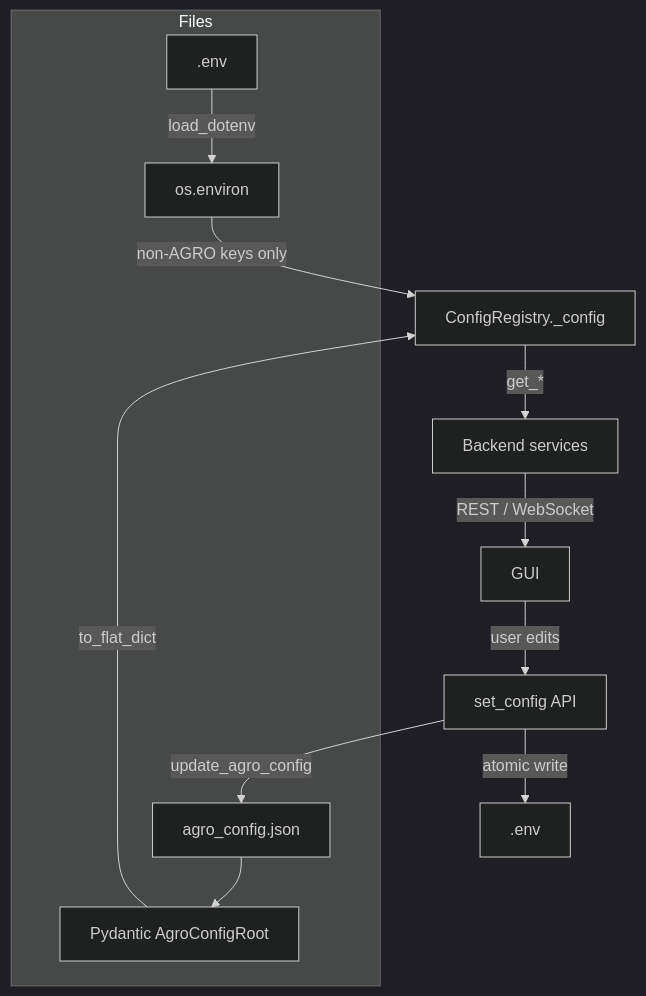
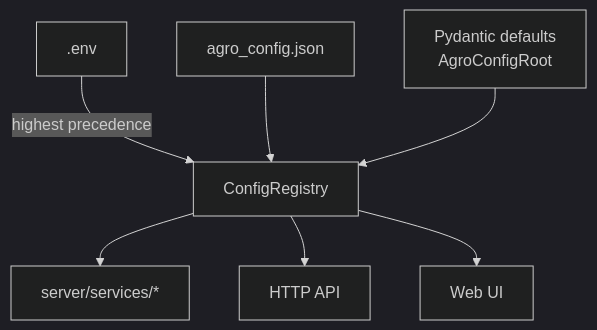
One commit to DMontgomery40/agro-rag-engine changed the diagram in mkdocs/docs/configuration/settings.md. Above: the diagram before and after it, drawn with Mermaid (dark theme). The commit also changed other lines of this file and 117 other files, not shown here.

````diff
--- a/mkdocs/docs/configuration/settings.md
+++ b/mkdocs/docs/configuration/settings.md
@@ -28,16 +33,10 @@
 ```mermaid
 flowchart TD
-    subgraph Files
-      A[.env] -->|load_dotenv| B[os.environ]
-      C[agro_config.json] --> D[Pydantic AgroConfigRoot]
-    end
+  A[.env] -->|highest precedence| D[ConfigRegistry]
+  B[agro_config.json] --> D
+  C[Pydantic defaults<br/>AgroConfigRoot] --> D
 
-    D -->|to_flat_dict| E[ConfigRegistry._config]
-    B -->|non-AGRO keys only| E
-
-    E -->|get_*| F[Backend services]
-    F -->|REST / WebSocket| G[GUI]
-    G -->|user edits| H[set_config API]
-    H -->|update_agro_config| C
-    H -->|atomic write| I[.env]
+  D --> E[server/services/*]
+  D --> F[HTTP API]
+  D --> G[Web UI]
 ```
````
